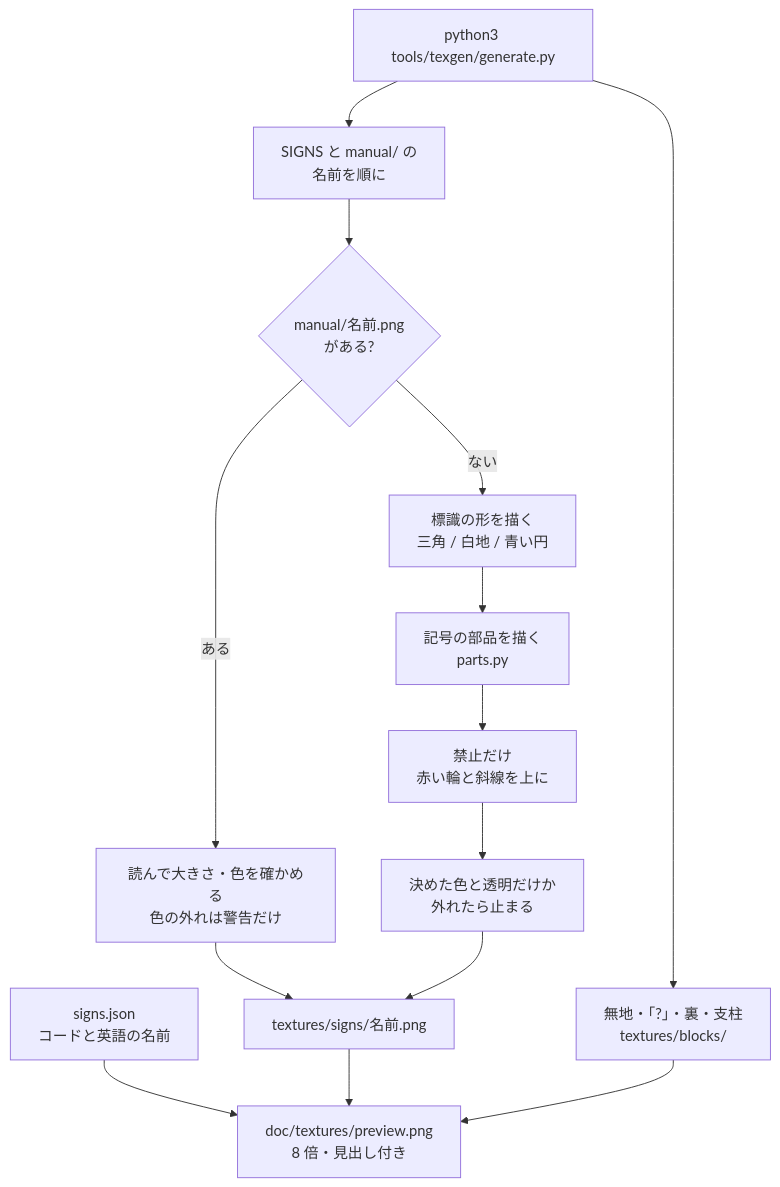
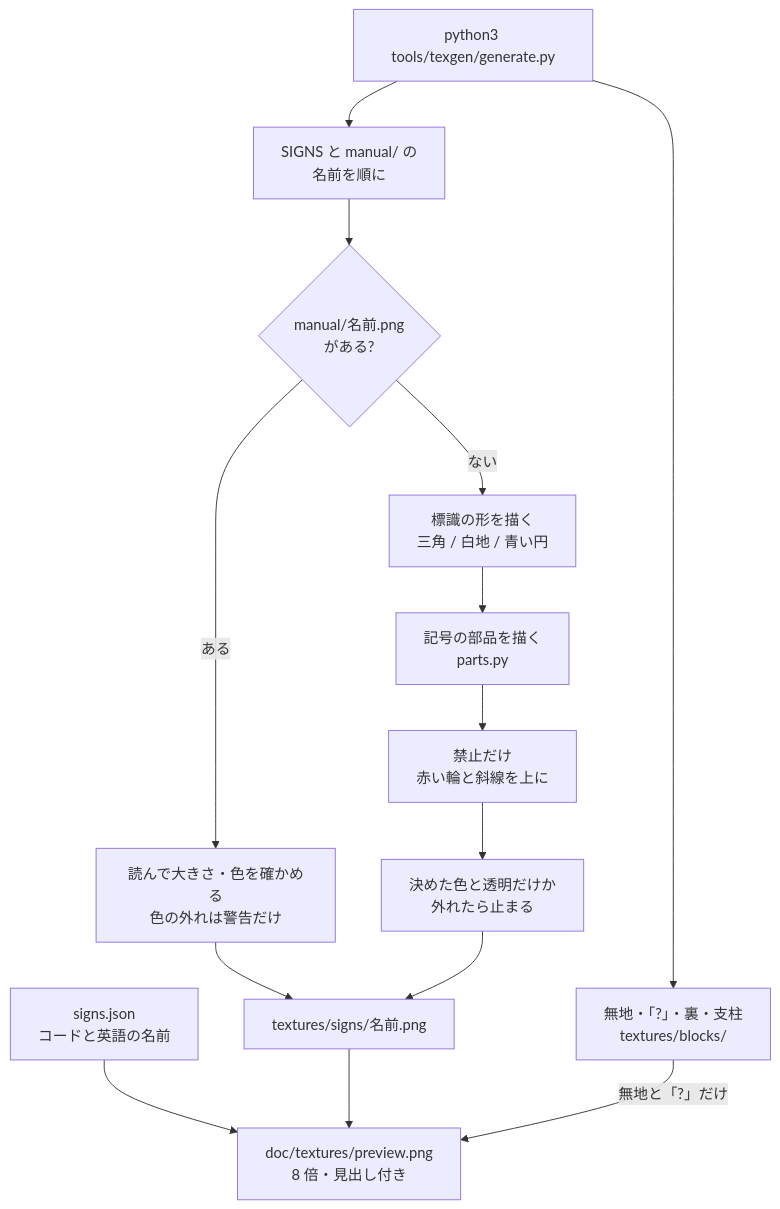
Before and after one commit to zeusisgood/safetysigns: the diagram in doc/diagrams/texture-generation.md, drawn with Mermaid. The commit also changed other lines of this file and 2 other files, not shown here.

Commit message:
Tidy texgen spacing and note which textures go into the preview
Claude-Session: https://claude.ai/code/session_01PPa6c7zFYaSdo3U95Hga8J

````diff
--- a/doc/diagrams/texture-generation.md
+++ b/doc/diagrams/texture-generation.md
@@ -10,16 +10,16 @@
 ```mermaid
 flowchart TD
     Run["python3 tools/texgen/generate.py"] --> Each["SIGNS と manual/ の<br/>名前を順に"]
     Each --> Manual{"manual/名前.png<br/>がある?"}
     Manual -- ある --> Load["読んで大きさ・色を確かめる<br/>色の外れは警告だけ"]
     Manual -- ない --> Frame["標識の形を描く<br/>三角 / 白地 / 青い円"]
     Frame --> Symbol["記号の部品を描く<br/>parts.py"]
     Symbol --> Slash["禁止だけ<br/>赤い輪と斜線を上に"]
     Slash --> Check["決めた色と透明だけか<br/>外れたら止まる"]
     Load --> Save["textures/signs/名前.png"]
     Check --> Save
     Run --> Blocks["無地・「?」・裏・支柱<br/>textures/blocks/"]
     Defs["signs.json<br/>コードと英語の名前"] --> Preview
     Save --> Preview["doc/textures/preview.png<br/>8 倍・見出し付き"]
-    Blocks --> Preview
+    Blocks -- 無地と「?」だけ --> Preview
 ```
````
